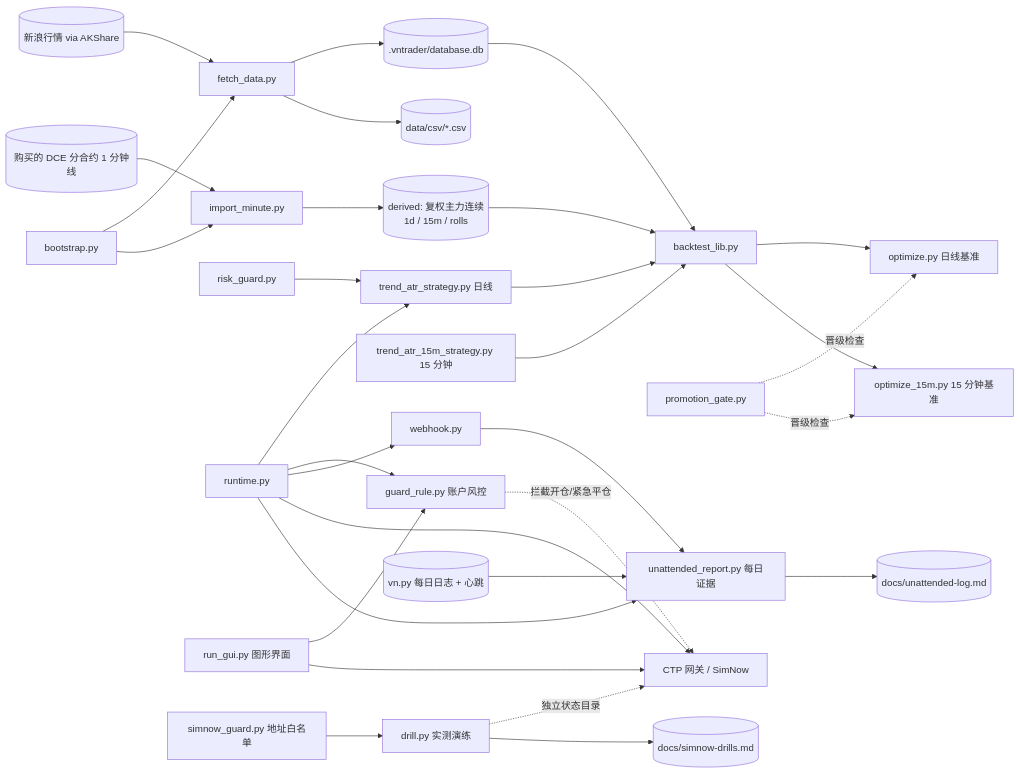
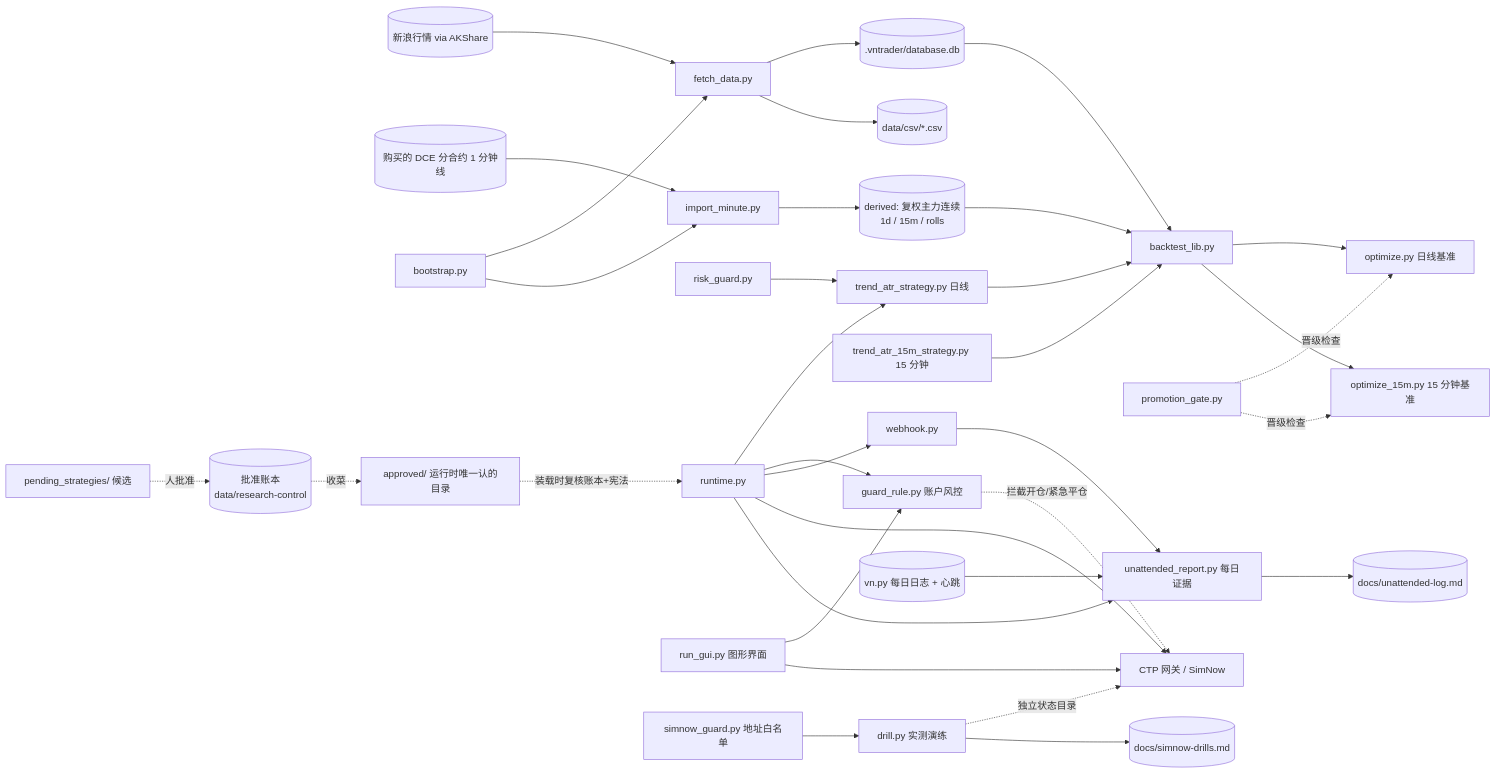
The first of 4 diagrams in PROJECTWIKI.md (laiyinyizao007/invest), drawn with Mermaid before and after one commit. The commit also changed other lines of this file and 20 other files, not shown here.

````diff
--- a/PROJECTWIKI.md
+++ b/PROJECTWIKI.md
@@ -34,33 +34,36 @@
 ```mermaid
 flowchart LR
   SINA[(新浪行情 via AKShare)] --> FD[fetch_data.py]
   BUY[(购买的 DCE 分合约 1 分钟线)] --> IM[import_minute.py]
   IM --> DER[(derived: 复权主力连续<br/>1d / 15m / rolls)]
   BS[bootstrap.py] --> FD
   BS --> IM
   FD --> DB[(.vntrader/database.db)]
   FD --> CSV[(data/csv/*.csv)]
   DB --> BL[backtest_lib.py]
   DER --> BL
   BL --> OPT[optimize.py 日线基准]
   BL --> O15[optimize_15m.py 15 分钟基准]
   ST[trend_atr_strategy.py 日线] --> BL
   ST15[trend_atr_15m_strategy.py 15 分钟] --> BL
   RG[risk_guard.py] --> ST
   PG[promotion_gate.py] -. 晋级检查 .-> OPT
   PG -. 晋级检查 .-> O15
   RT[runtime.py] --> ST
   RT --> GR[guard_rule.py 账户风控]
   RT --> WH[webhook.py]
   RT --> CTP[CTP 网关 / SimNow]
+  PEND[pending_strategies/ 候选] -. 人批准 .-> LEDGER[(批准账本<br/>data/research-control)]
+  LEDGER -. 收菜 .-> APPR[approved/ 运行时唯一认的目录]
+  APPR -. 装载时复核账本+宪法 .-> RT
   GUI[run_gui.py 图形界面] --> GR
   GUI --> CTP
   GR -. 拦截开仓/紧急平仓 .-> CTP
   SG[simnow_guard.py 地址白名单] --> DR[drill.py 实测演练]
   DR -. 独立状态目录 .-> CTP
   DR --> DRDOC[(docs/simnow-drills.md)]
   RT --> UR[unattended_report.py 每日证据]
   UR --> URDOC[(docs/unattended-log.md)]
   LOG[(vn.py 每日日志 + 心跳)] --> UR
   WH --> UR
 ```
````
